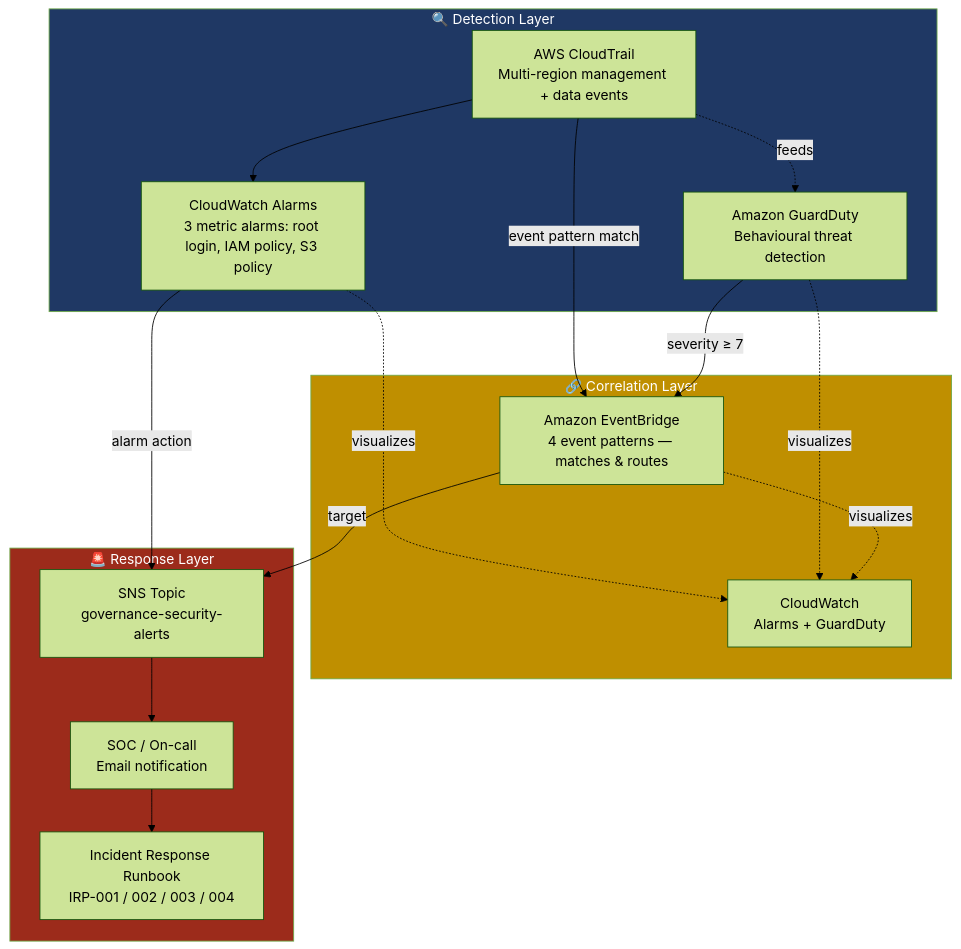
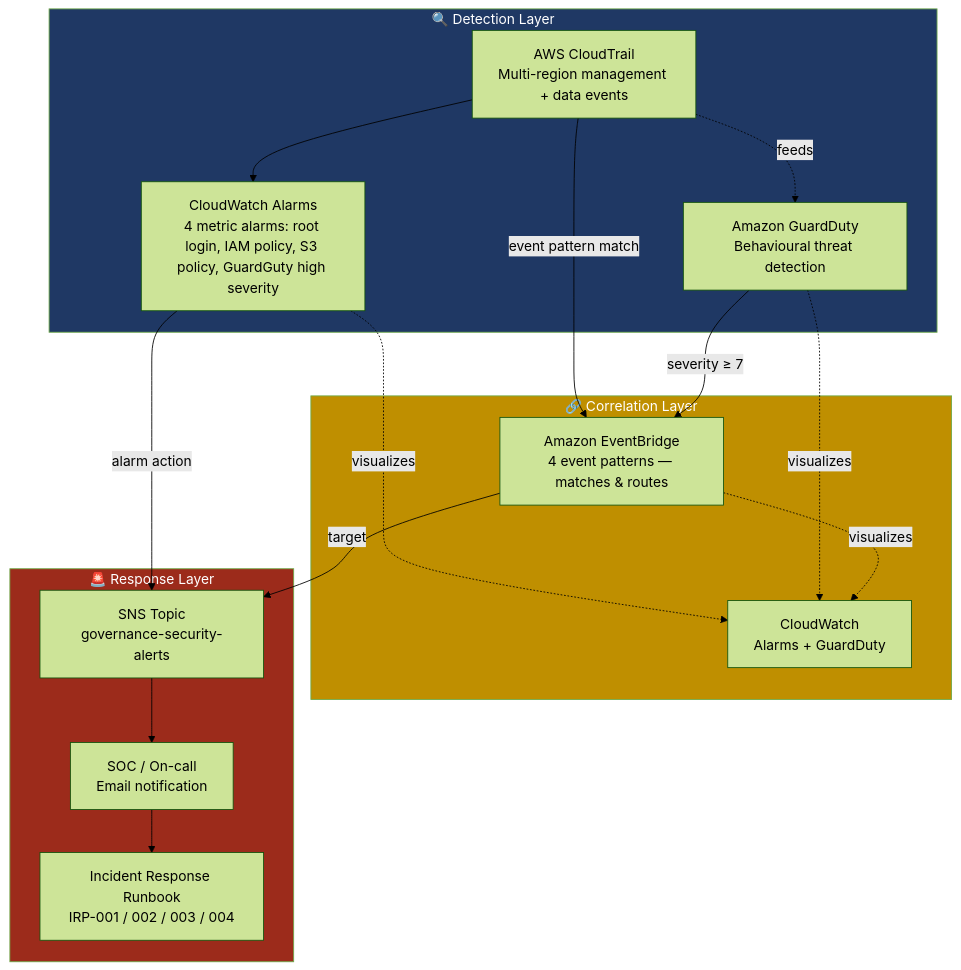
One commit to arunkumar-cloudgrc/aws-security-governance-portfolio changed the diagram in 02-threat-detection-pipeline/README.md.md. Above: the diagram before and after it, drawn with Mermaid (forest theme).

````diff
--- a/02-threat-detection-pipeline/README.md.md
+++ b/02-threat-detection-pipeline/README.md.md
@@ -60,34 +60,34 @@
 ```mermaid
 flowchart TB
     subgraph DETECT["🔍 Detection Layer"]
         CT["AWS CloudTrail<br/>Multi-region management + data events"]
-        CW["CloudWatch Alarms<br/>3 metric alarms: root login, IAM policy, S3 policy"]
+        CW["CloudWatch Alarms<br/>4 metric alarms: root login, IAM policy, S3 policy, GuardGuty high severity "]
         GD["Amazon GuardDuty<br/>Behavioural threat detection"]
         CT --> CW
         CT -.->|feeds| GD
     end
 
     subgraph CORR["🔗 Correlation Layer"]
         EB["Amazon EventBridge<br/>4 event patterns — matches & routes"]
         DASH["CloudWatch<br/>Alarms + GuardDuty"]
     end
 
     subgraph RESP["🚨 Response Layer"]
         SNS["SNS Topic<br/>governance-security-alerts"]
         SOC["SOC / On-call<br/>Email notification"]
         RB["Incident Response Runbook<br/>IRP-001 / 002 / 003 / 004"]
         SNS --> SOC --> RB
     end
 
     CW -->|alarm action| SNS
     CT -->|event pattern match| EB
     GD -->|severity ≥ 7| EB
     EB -->|target| SNS
     CW -.->|visualizes| DASH
     GD -.->|visualizes| DASH
     EB -.->|visualizes| DASH
 
     style DETECT fill:#1F3864,color:#fff
     style CORR fill:#BF8F00,color:#fff
     style RESP fill:#9C2B1B,color:#fff
 ```
````
